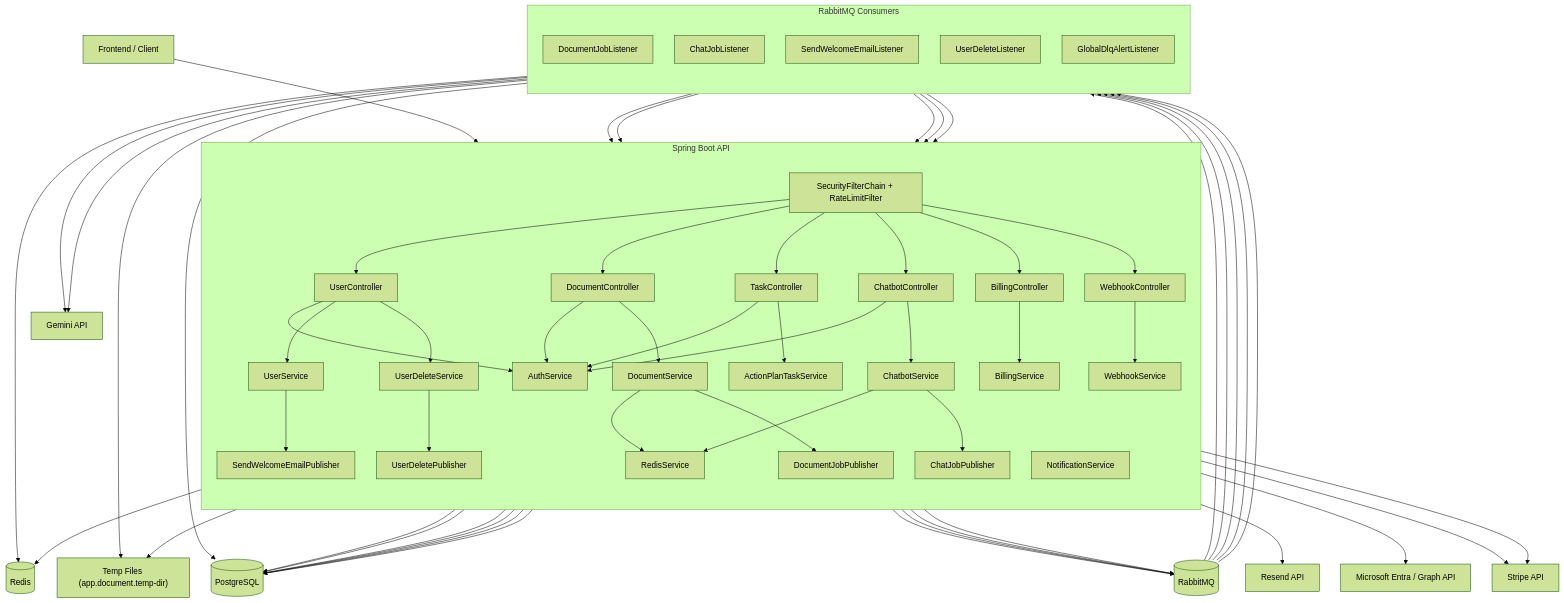
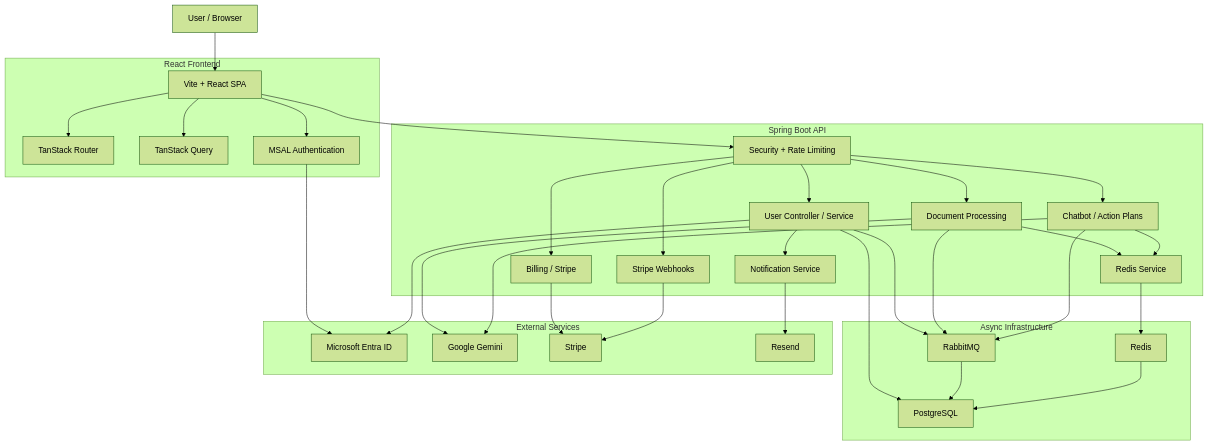
One commit to Adeniyi-Bella/Java-Admina-Backend changed the diagram in README.md. Above: the diagram before and after it, drawn with Mermaid (forest theme). The commit also changed other lines of this file and 143 other files, not shown here.

````diff
--- a/README.md
+++ b/README.md
@@ -7,114 +20,66 @@
 ```mermaid
-%%{init: {"flowchart": {"rankSpacing": 95, "nodeSpacing": 42}} }%%
 flowchart TB
-  FE["Frontend / Client"]
+  User["User / Browser"]
+
+  subgraph FE["React Frontend"]
+    UI["Vite + React SPA"]
+    Router["TanStack Router"]
+    Query["TanStack Query"]
+    MSAL["MSAL Authentication"]
+  end
 
   subgraph API["Spring Boot API"]
-    direction TB
-    SEC["SecurityFilterChain + RateLimitFilter"]
-    CTRL_USER["UserController"]
-    CTRL_DOC["DocumentController"]
-    CTRL_TASK["TaskController"]
-    CTRL_CHAT["ChatbotController"]
-    CTRL_BILL["BillingController"]
-    CTRL_WEBHOOK["WebhookController"]
-
-    SVC_AUTH["AuthService"]
-    SVC_USER["UserService"]
-    SVC_DOC["DocumentService"]
-    SVC_TASK["ActionPlanTaskService"]
-    SVC_CHAT["ChatbotService"]
-    SVC_BILL["BillingService"]
-    SVC_WEBHOOK["WebhookService"]
-    SVC_REDIS["RedisService"]
-    SVC_NOTIFY["NotificationService"]
-    SVC_DELETE["UserDeleteService"]
-
-    PUB_DOC["DocumentJobPublisher"]
-    PUB_CHAT["ChatJobPublisher"]
-    PUB_WELCOME["SendWelcomeEmailPublisher"]
-    PUB_USER_DELETE["UserDeletePublisher"]
+    SEC["Security + Rate Limiting"]
+    USERS["User Controller / Service"]
+    DOCS["Document Processing"]
+    CHAT["Chatbot / Action Plans"]
+    BILL["Billing / Stripe"]
+    WEBHOOK["Stripe Webhooks"]
+    REDIS_SVC["Redis Service"]
+    NOTIFY["Notification Service"]
   end
 
-  subgraph ASYNC["RabbitMQ Consumers"]
-    direction TB
-    L_DOC["DocumentJobListener"]
-    L_CHAT["ChatJobListener"]
-    L_WELCOME["SendWelcomeEmailListener"]
-    L_USER_DELETE["UserDeleteListener"]
-    L_DLQ["GlobalDlqAlertListener"]
+  subgraph ASYNC["Async Infrastructure"]
+    MQ["RabbitMQ"]
+    CACHE["Redis"]
+    DB["PostgreSQL"]
   end
 
-  DB[("PostgreSQL")]
-  REDIS[("Redis")]
-  MQ[("RabbitMQ")]
-  FS["Temp Files (app.document.temp-dir)"]
+  subgraph EXTERNAL["External Services"]
+    ENTRA["Microsoft Entra ID"]
+    GEMINI["Google Gemini"]
+    STRIPE["Stripe"]
+    RESEND["Resend"]
+  end
 
-  GEMINI["Gemini API"]
-  STRIPE["Stripe API"]
-  RESEND["Resend API"]
-  ENTRA["Microsoft Entra / Graph API"]
+  User --> UI
+  UI --> Router
+  UI --> Query
+  UI --> MSAL
+  MSAL --> ENTRA
+  UI --> SEC
 
-  FE --> SEC
-  SEC --> CTRL_USER
-  SEC --> CTRL_DOC
-  SEC --> CTRL_TASK
-  SEC --> CTRL_CHAT
-  SEC --> CTRL_BILL
-  SEC --> CTRL_WEBHOOK
+  SEC --> USERS
+  SEC --> DOCS
+  SEC --> CHAT
+  SEC --> BILL
+  SEC --> WEBHOOK
 
-  CTRL_USER --> SVC_AUTH
-  CTRL_USER --> SVC_USER
-  CTRL_USER --> SVC_DELETE
-  CTRL_DOC --> SVC_AUTH
-  CTRL_DOC --> SVC_DOC
-  CTRL_TASK --> SVC_AUTH
-  CTRL_TASK --> SVC_TASK
-  CTRL_CHAT --> SVC_AUTH
-  CTRL_CHAT --> SVC_CHAT
-  CTRL_BILL --> SVC_BILL
-  CTRL_WEBHOOK --> SVC_WEBHOOK
+  USERS --> DB
+  USERS --> MQ
+  DOCS --> MQ
+  CHAT --> MQ
+  REDIS_SVC --> CACHE
+  DOCS --> REDIS_SVC
+  CHAT --> REDIS_SVC
+  BILL --> STRIPE
+  WEBHOOK --> STRIPE
+  NOTIFY --> RESEND
+  DOCS --> GEMINI
+  CHAT --> GEMINI
+  USERS --> NOTIFY
+  USERS --> ENTRA
 
-  SVC_USER --> DB
-  SVC_USER --> PUB_WELCOME
-  PUB_WELCOME --> MQ
-  MQ --> L_WELCOME
-  L_WELCOME --> SVC_NOTIFY
-  SVC_NOTIFY --> RESEND
-  L_WELCOME --> REDIS
-
-  SVC_DOC --> SVC_REDIS
-  SVC_DOC --> FS
-  SVC_DOC --> PUB_DOC
-  PUB_DOC --> MQ
-  MQ --> L_DOC
-  L_DOC --> GEMINI
-  L_DOC --> SVC_DOC
-  L_DOC --> SVC_REDIS
-  L_DOC --> FS
-
-  SVC_CHAT --> DB
-  SVC_CHAT --> SVC_REDIS
-  SVC_CHAT --> PUB_CHAT
-  PUB_CHAT --> MQ
-  MQ --> L_CHAT
-  L_CHAT --> GEMINI
-  L_CHAT --> DB
-  L_CHAT --> SVC_REDIS
-
-  SVC_DELETE --> DB
-  SVC_DELETE --> PUB_USER_DELETE
-  PUB_USER_DELETE --> MQ
-  MQ --> L_USER_DELETE
-  L_USER_DELETE --> SVC_DELETE
-  SVC_DELETE --> ENTRA
-
-  SVC_BILL --> STRIPE
-  SVC_WEBHOOK --> STRIPE
-  SVC_WEBHOOK --> DB
-
-  SVC_DOC --> DB
-  SVC_TASK --> DB
-  SVC_REDIS --> REDIS
-  MQ --> L_DLQ
+  MQ --> DB
+  CACHE --> DB
 ```
````
